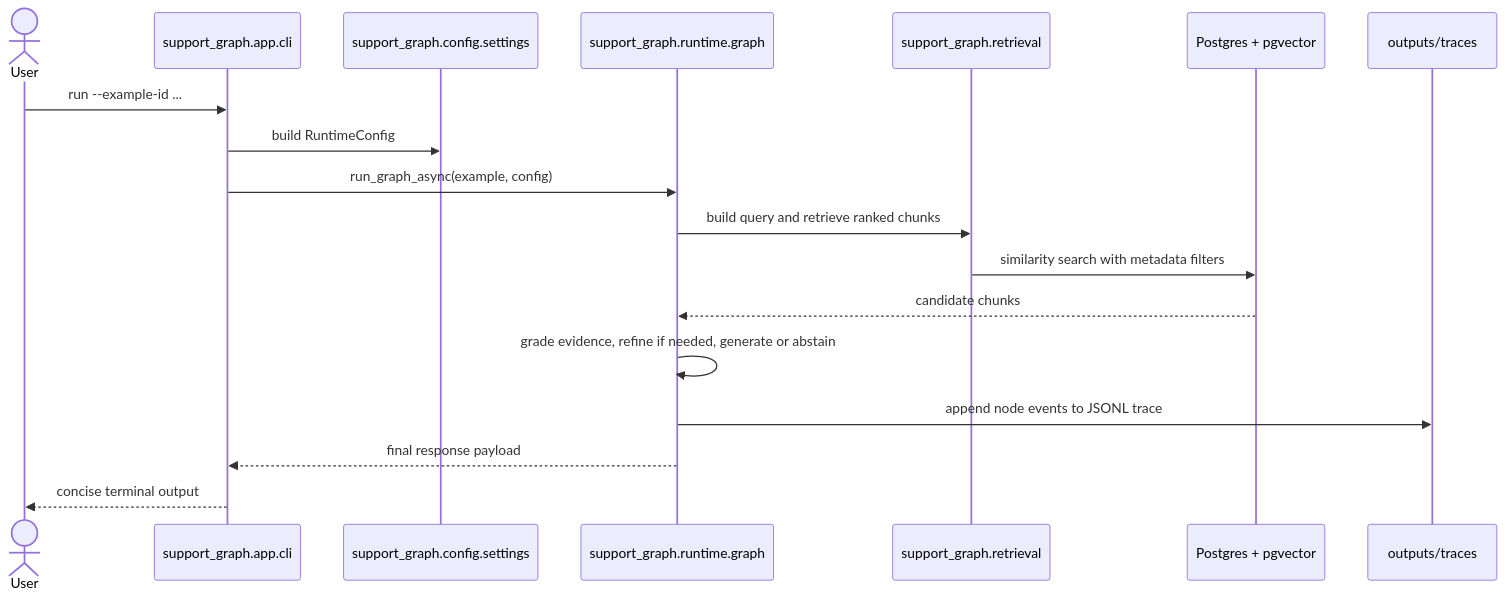
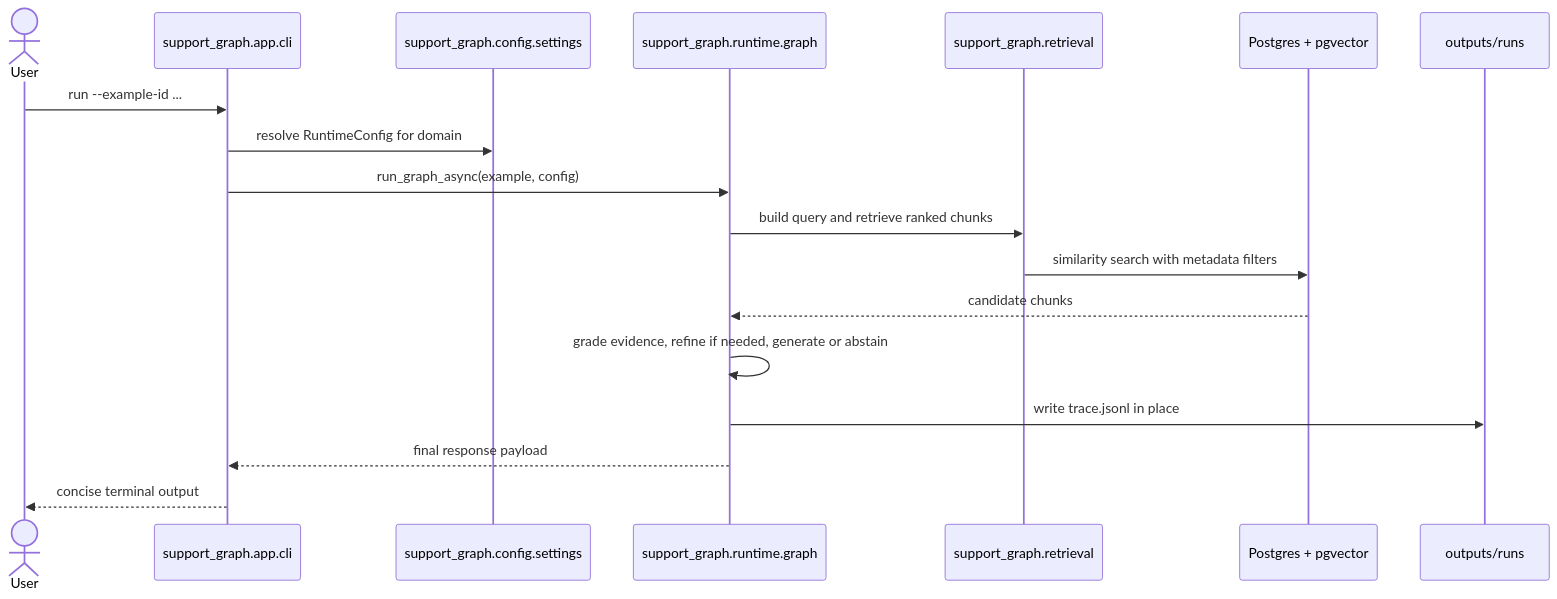
One commit to YgLK/grounded-support-rag changed the third of 9 diagrams in README.md. Above: the diagram before and after it, drawn with Mermaid. The commit also changed other lines of this file and 1 other file, not shown here.

Commit message:
refactor: add postgres-up and ui targets to Makefile with configurable host/port settings

````diff
--- a/README.md
+++ b/README.md
@@ -115,21 +130,21 @@
 ```mermaid
 sequenceDiagram
     actor User
     participant CLI as support_graph.app.cli
     participant Settings as support_graph.config.settings
     participant Runtime as support_graph.runtime.graph
     participant Retrieval as support_graph.retrieval
     participant PG as Postgres + pgvector
-    participant Traces as outputs/traces
+    participant Artifacts as outputs/runs
 
     User->>CLI: run --example-id ...
-    CLI->>Settings: build RuntimeConfig
+    CLI->>Settings: resolve RuntimeConfig for domain
     CLI->>Runtime: run_graph_async(example, config)
     Runtime->>Retrieval: build query and retrieve ranked chunks
     Retrieval->>PG: similarity search with metadata filters
     PG-->>Runtime: candidate chunks
     Runtime->>Runtime: grade evidence, refine if needed, generate or abstain
-    Runtime->>Traces: append node events to JSONL trace
+    Runtime->>Artifacts: write trace.jsonl in place
     Runtime-->>CLI: final response payload
     CLI-->>User: concise terminal output
 ```
````
